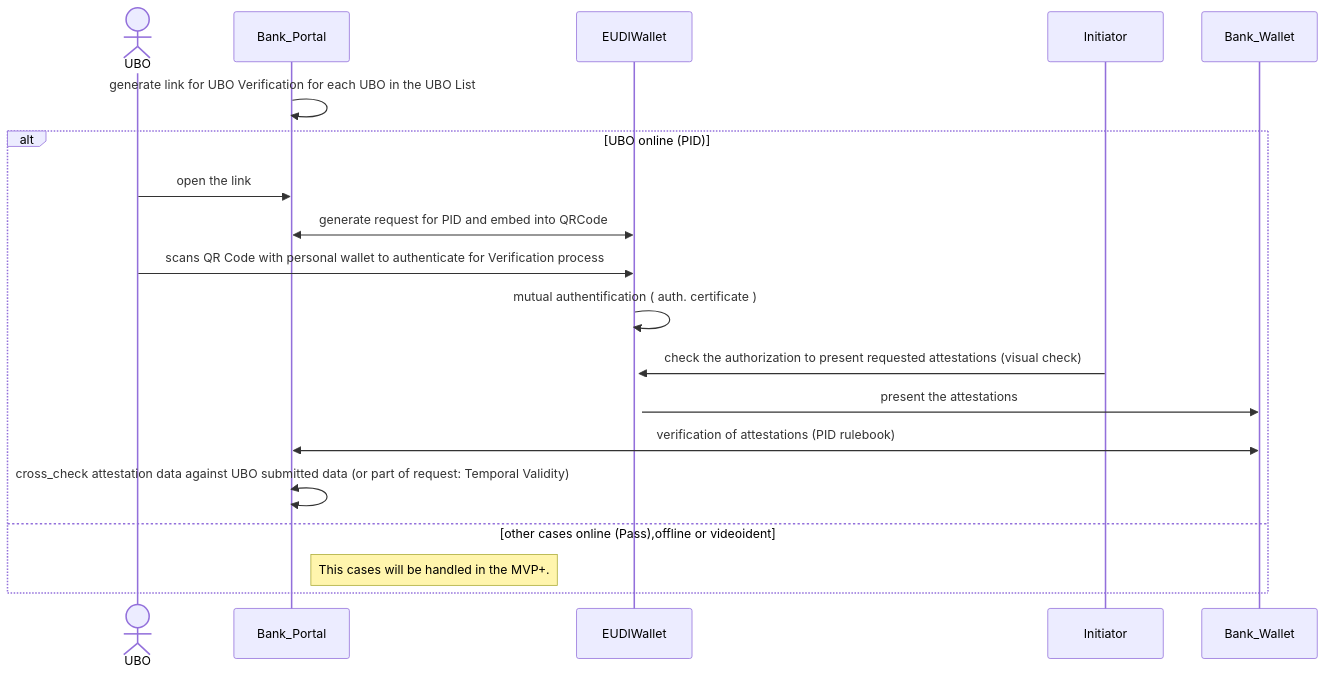
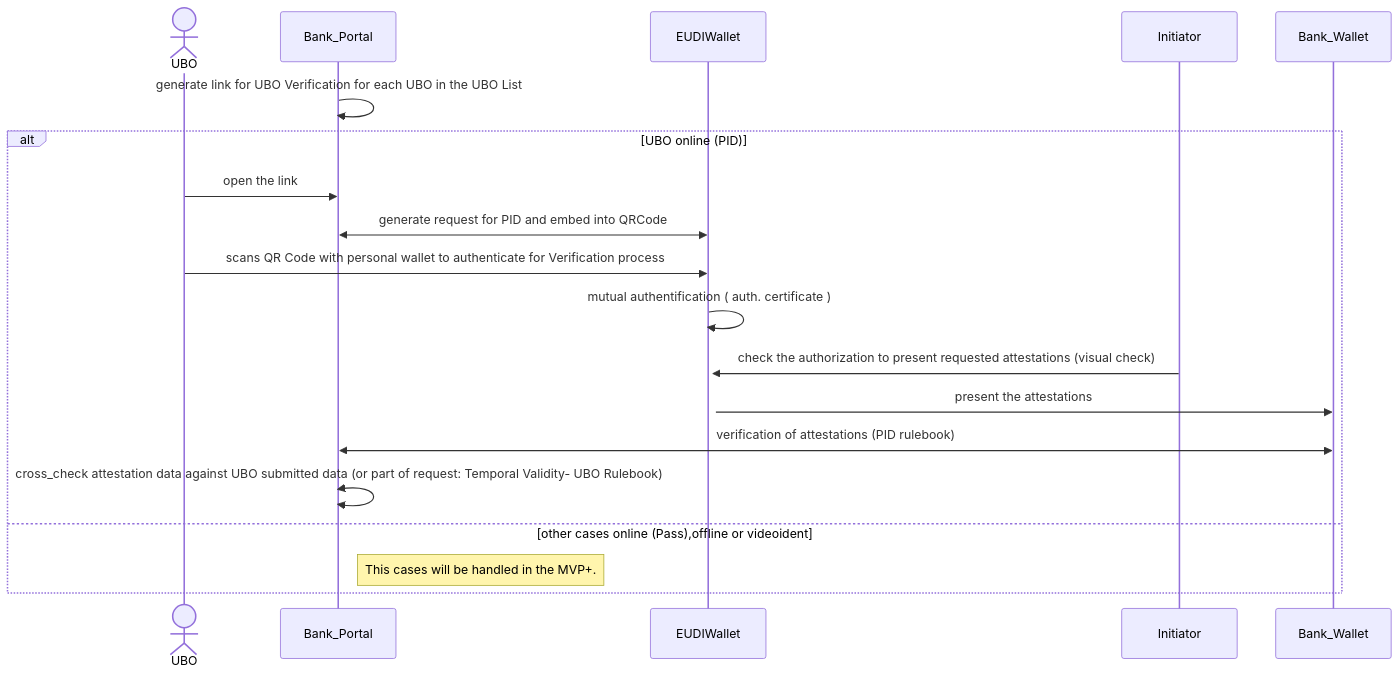
Before and after one commit to DominicHurni/wp3-technology-standards: the eighth of 11 diagrams in PA3/PA3_MVP.md, drawn with Mermaid. The commit also changed other lines of this file and 2 other files, not shown here.

````diff
--- a/PA3/PA3_MVP.md
+++ b/PA3/PA3_MVP.md
@@ -167,17 +162,17 @@
 ```mermaid
 sequenceDiagram
     actor UBO
     Bank_Portal->>Bank_Portal: generate link for UBO Verification for each UBO in the UBO List
     alt UBO online (PID)
         UBO->>Bank_Portal: open the link
         Bank_Portal<<->>EUDIWallet: generate request for PID and embed into QRCode
         UBO->>EUDIWallet: scans QR Code with personal wallet to authenticate for Verification process
         EUDIWallet->>+EUDIWallet : mutual authentification ( auth. certificate )
         Initiator->>+EUDIWallet : check the authorization to present requested attestations (visual check)
         EUDIWallet->>Bank_Wallet: present the attestations
         Bank_Portal<<->>Bank_Wallet: verification of attestations (PID rulebook)
-        Bank_Portal<<->>Bank_Portal: cross_check attestation data against UBO submitted data (or part of request: Temporal Validity)
+        Bank_Portal<<->>Bank_Portal: cross_check attestation data against UBO submitted data (or part of request: Temporal Validity- UBO Rulebook) 
     else other cases online (Pass),offline or videoident  
         Note right of Bank_Portal: This cases will be handled in the MVP+.
     end
 ```
````
